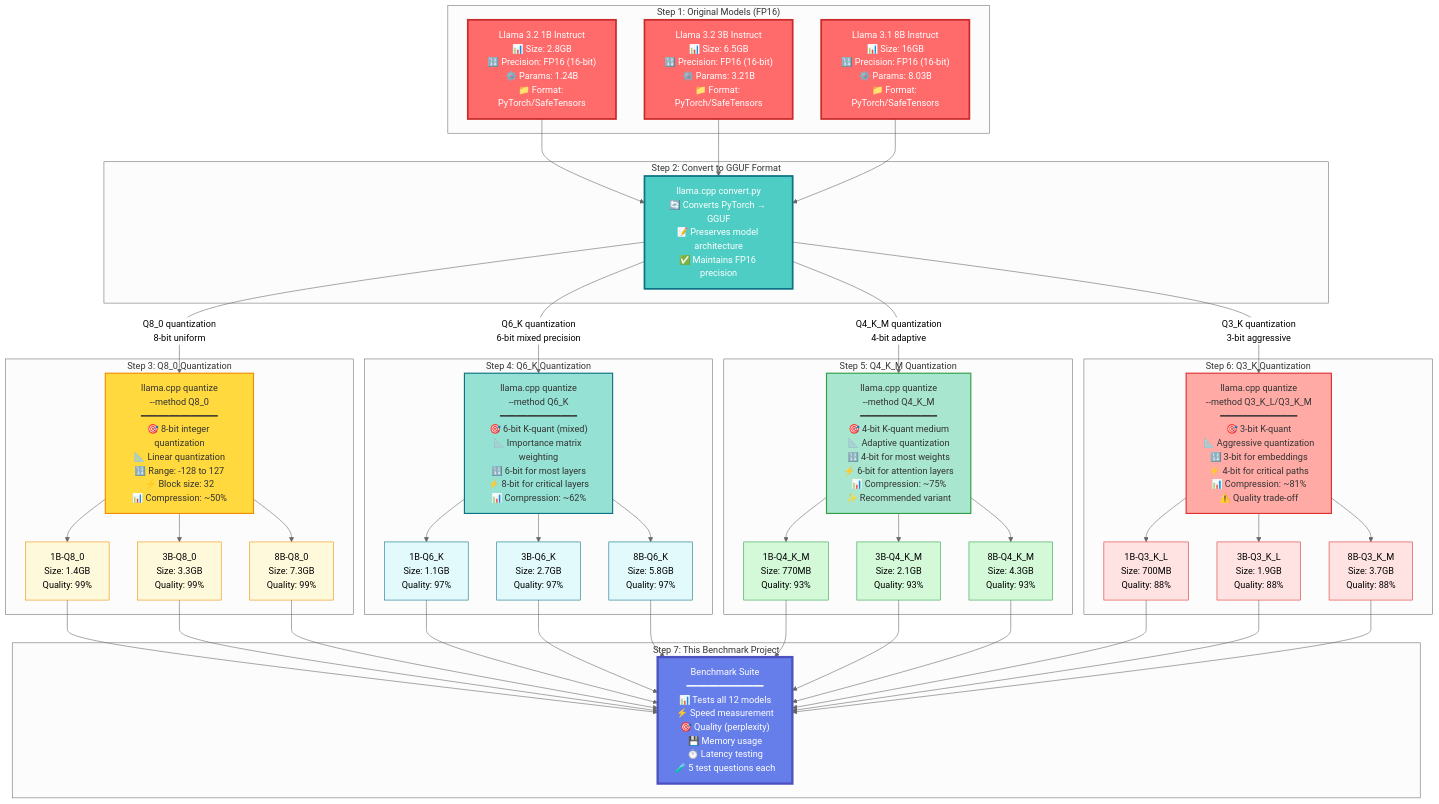
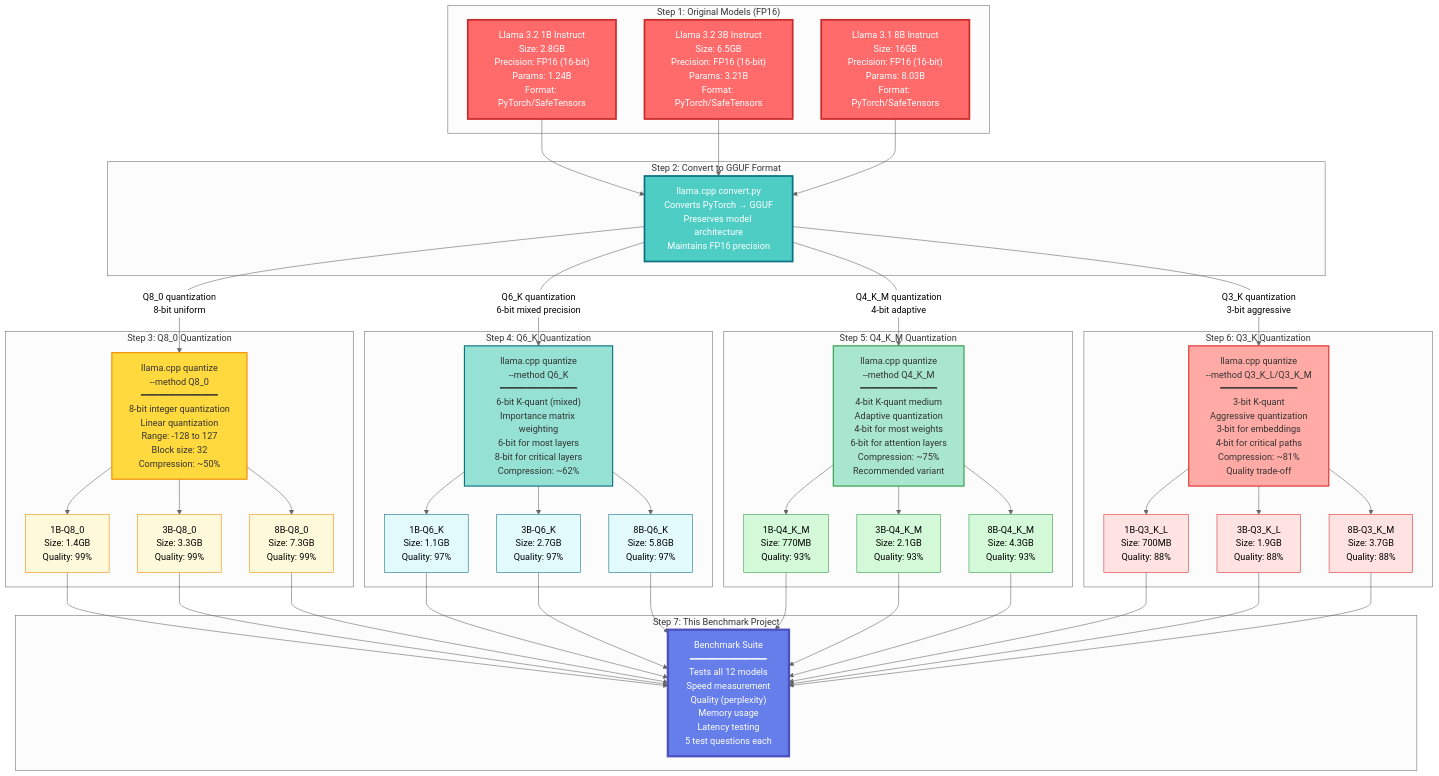
The first of 3 diagrams in DOCUMENTATION.md (gauravnirmalkumar/quantization-llm), drawn with Mermaid (neutral theme) before and after one commit.

Commit message:
Remove emojis from quantization pipeline Mermaid diagram
- Cleaned up diagram for better professional appearance
- Removed all emoji icons while preserving technical information
- Maintained color-coding and styling
- Kept all technical details: sizes, precision, compression ratios, quality metrics

````diff
--- a/DOCUMENTATION.md
+++ b/DOCUMENTATION.md
@@ -69,38 +69,38 @@
 ```mermaid
 graph TB
     subgraph "Step 1: Original Models (FP16)"
-        A1["Llama 3.2 1B Instruct<br/>📊 Size: 2.8GB<br/>🔢 Precision: FP16 (16-bit)<br/>⚙️ Params: 1.24B<br/>📁 Format: PyTorch/SafeTensors"]
-        A2["Llama 3.2 3B Instruct<br/>📊 Size: 6.5GB<br/>🔢 Precision: FP16 (16-bit)<br/>⚙️ Params: 3.21B<br/>📁 Format: PyTorch/SafeTensors"]
-        A3["Llama 3.1 8B Instruct<br/>📊 Size: 16GB<br/>🔢 Precision: FP16 (16-bit)<br/>⚙️ Params: 8.03B<br/>📁 Format: PyTorch/SafeTensors"]
+        A1["Llama 3.2 1B Instruct<br/>Size: 2.8GB<br/>Precision: FP16 (16-bit)<br/>Params: 1.24B<br/>Format: PyTorch/SafeTensors"]
+        A2["Llama 3.2 3B Instruct<br/>Size: 6.5GB<br/>Precision: FP16 (16-bit)<br/>Params: 3.21B<br/>Format: PyTorch/SafeTensors"]
+        A3["Llama 3.1 8B Instruct<br/>Size: 16GB<br/>Precision: FP16 (16-bit)<br/>Params: 8.03B<br/>Format: PyTorch/SafeTensors"]
     end
     
     subgraph "Step 2: Convert to GGUF Format"
-        B["llama.cpp convert.py<br/>🔄 Converts PyTorch → GGUF<br/>📝 Preserves model architecture<br/>✅ Maintains FP16 precision"]
+        B["llama.cpp convert.py<br/>Converts PyTorch → GGUF<br/>Preserves model architecture<br/>Maintains FP16 precision"]
     end
     
     subgraph "Step 3: Q8_0 Quantization"
-        C["llama.cpp quantize<br/>--method Q8_0<br/>━━━━━━━━━━━━━━<br/>🎯 8-bit integer quantization<br/>📐 Linear quantization<br/>🔢 Range: -128 to 127<br/>⚡ Block size: 32<br/>📊 Compression: ~50%"]
+        C["llama.cpp quantize<br/>--method Q8_0<br/>━━━━━━━━━━━━━━<br/>8-bit integer quantization<br/>Linear quantization<br/>Range: -128 to 127<br/>Block size: 32<br/>Compression: ~50%"]
         C1["1B-Q8_0<br/>Size: 1.4GB<br/>Quality: 99%"]
         C2["3B-Q8_0<br/>Size: 3.3GB<br/>Quality: 99%"]
         C3["8B-Q8_0<br/>Size: 7.3GB<br/>Quality: 99%"]
     end
     
     subgraph "Step 4: Q6_K Quantization"
-        D["llama.cpp quantize<br/>--method Q6_K<br/>━━━━━━━━━━━━━━<br/>🎯 6-bit K-quant (mixed)<br/>📐 Importance matrix weighting<br/>🔢 6-bit for most layers<br/>⚡ 8-bit for critical layers<br/>📊 Compression: ~62%"]
+        D["llama.cpp quantize<br/>--method Q6_K<br/>━━━━━━━━━━━━━━<br/>6-bit K-quant (mixed)<br/>Importance matrix weighting<br/>6-bit for most layers<br/>8-bit for critical layers<br/>Compression: ~62%"]
         D1["1B-Q6_K<br/>Size: 1.1GB<br/>Quality: 97%"]
         D2["3B-Q6_K<br/>Size: 2.7GB<br/>Quality: 97%"]
         D3["8B-Q6_K<br/>Size: 5.8GB<br/>Quality: 97%"]
     end
     
     subgraph "Step 5: Q4_K_M Quantization"
-        E["llama.cpp quantize<br/>--method Q4_K_M<br/>━━━━━━━━━━━━━━<br/>🎯 4-bit K-quant medium<br/>📐 Adaptive quantization<br/>🔢 4-bit for most weights<br/>⚡ 6-bit for attention layers<br/>📊 Compression: ~75%<br/>✨ Recommended variant"]
+        E["llama.cpp quantize<br/>--method Q4_K_M<br/>━━━━━━━━━━━━━━<br/>4-bit K-quant medium<br/>Adaptive quantization<br/>4-bit for most weights<br/>6-bit for attention layers<br/>Compression: ~75%<br/>Recommended variant"]
         E1["1B-Q4_K_M<br/>Size: 770MB<br/>Quality: 93%"]
         E2["3B-Q4_K_M<br/>Size: 2.1GB<br/>Quality: 93%"]
         E3["8B-Q4_K_M<br/>Size: 4.3GB<br/>Quality: 93%"]
     end
     
     subgraph "Step 6: Q3_K Quantization"
-        F["llama.cpp quantize<br/>--method Q3_K_L/Q3_K_M<br/>━━━━━━━━━━━━━━<br/>🎯 3-bit K-quant<br/>📐 Aggressive quantization<br/>🔢 3-bit for embeddings<br/>⚡ 4-bit for critical paths<br/>📊 Compression: ~81%<br/>⚠️ Quality trade-off"]
+        F["llama.cpp quantize<br/>--method Q3_K_L/Q3_K_M<br/>━━━━━━━━━━━━━━<br/>3-bit K-quant<br/>Aggressive quantization<br/>3-bit for embeddings<br/>4-bit for critical paths<br/>Compression: ~81%<br/>Quality trade-off"]
         F1["1B-Q3_K_L<br/>Size: 700MB<br/>Quality: 88%"]
         F2["3B-Q3_K_L<br/>Size: 1.9GB<br/>Quality: 88%"]
         F3["8B-Q3_K_M<br/>Size: 3.7GB<br/>Quality: 88%"]
@@ -131,7 +131,7 @@
     F --> F3
     
     subgraph "Step 7: This Benchmark Project"
-        G["Benchmark Suite<br/>━━━━━━━━━━━━━━<br/>📊 Tests all 12 models<br/>⚡ Speed measurement<br/>🎯 Quality (perplexity)<br/>💾 Memory usage<br/>⏱️ Latency testing<br/>🧪 5 test questions each"]
+        G["Benchmark Suite<br/>━━━━━━━━━━━━━━<br/>Tests all 12 models<br/>Speed measurement<br/>Quality (perplexity)<br/>Memory usage<br/>Latency testing<br/>5 test questions each"]
     end
     
     C1 & C2 & C3 & D1 & D2 & D3 & E1 & E2 & E3 & F1 & F2 & F3 --> G
````
